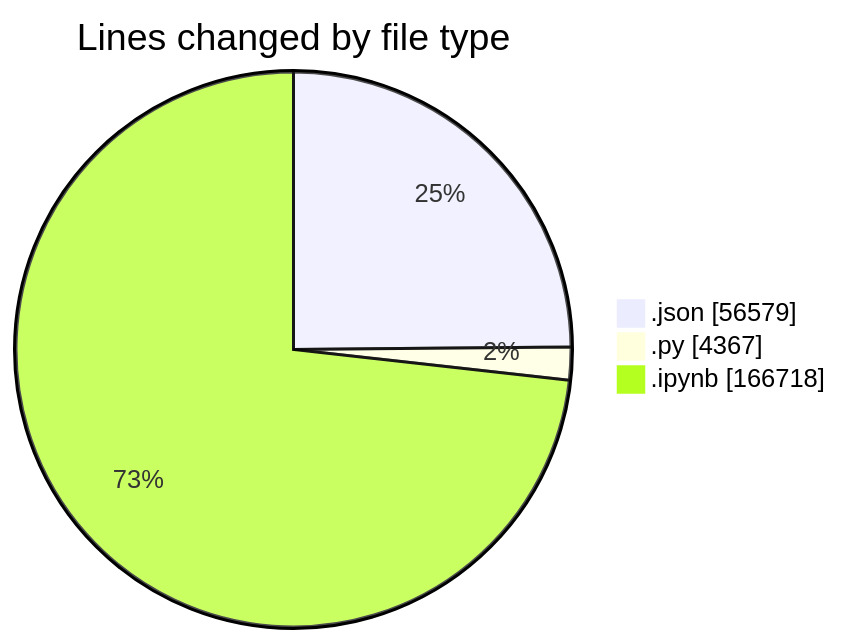
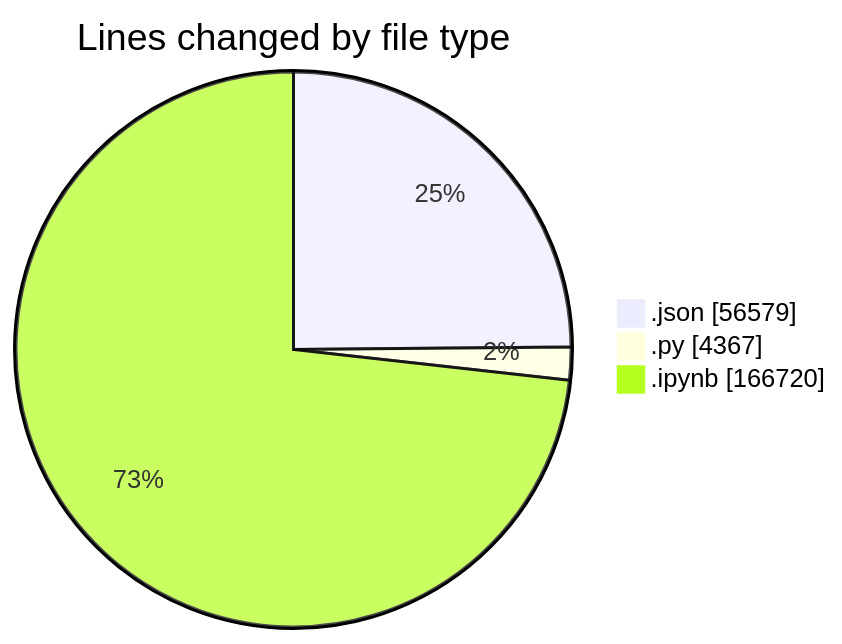
One commit to MatusMokan/code-tracking changed the first of 2 diagrams in 2025-10-04/untitled__workspace_/README.md. Above: the diagram before and after it, drawn with Mermaid. The commit also changed other lines of this file and 1 other file, not shown here.

````diff
--- a/2025-10-04/untitled__workspace_/README.md
+++ b/2025-10-04/untitled__workspace_/README.md
@@ -36,7 +36,7 @@
 ```mermaid
 pie showData
 title Lines changed by file type
 ".json" : 56579
 ".py" : 4367
-".ipynb" : 166718
+".ipynb" : 166720
 ```
````
